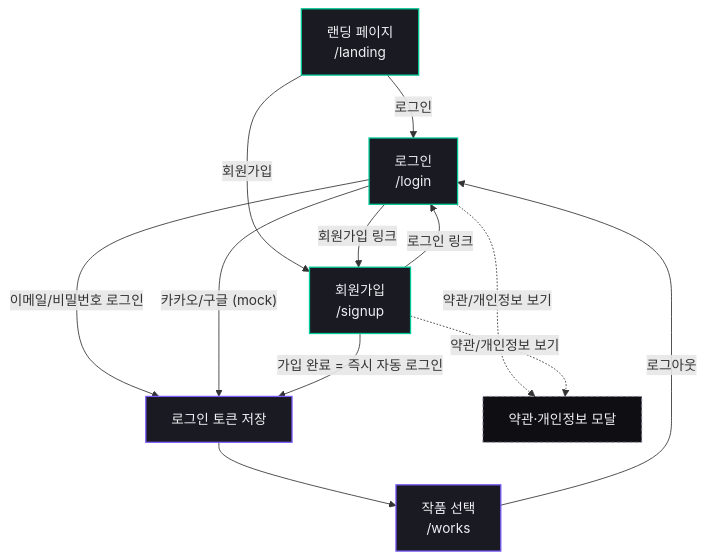
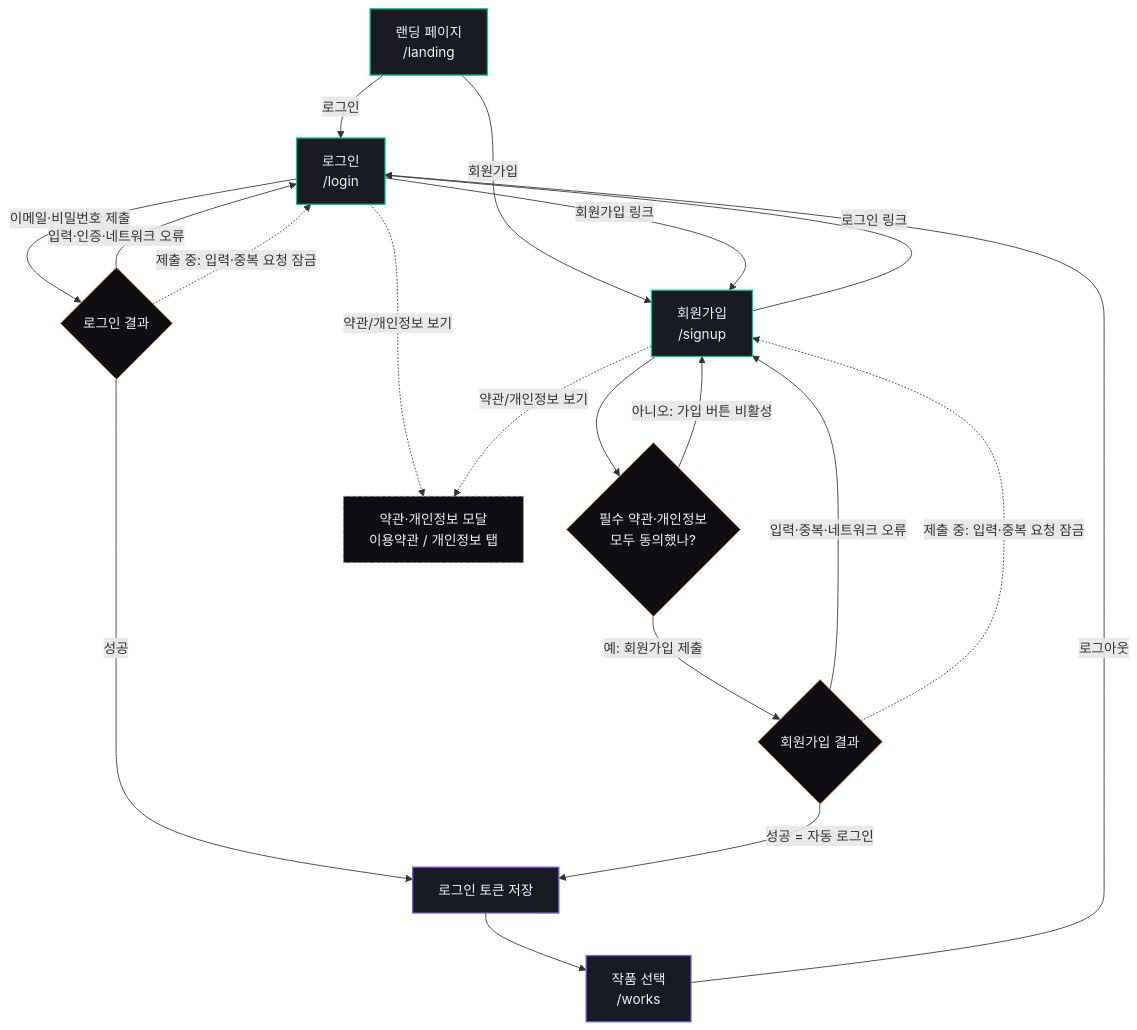
Before and after one commit to catchhole-soma/catchhole-front: the third of 7 diagrams in docs/screen-flow.md, drawn with Mermaid. The commit also changed other lines of this file and 2 other files, not shown here.

First line of the commit message:
docs(flow): 요구사항과 Workflow 흐름 동기화

````diff
--- a/docs/screen-flow.md
+++ b/docs/screen-flow.md
@@ -119,26 +119,35 @@
 ```mermaid
 flowchart TD
   landing["랜딩 페이지<br/>/landing"]:::public
   landing -- "로그인" --> login
   landing -- "회원가입" --> signup
 
   login["로그인<br/>/login"]:::public
   signup["회원가입<br/>/signup"]:::public
 
   login -- "회원가입 링크" --> signup
   signup -- "로그인 링크" --> login
 
-  login -- "이메일/비밀번호 로그인" --> ok["로그인 토큰 저장"]:::private
-  login -- "카카오/구글 (mock)" --> ok
-  signup -- "가입 완료 = 즉시 자동 로그인" --> ok
+  login -- "이메일·비밀번호 제출" --> loginReq{"로그인 결과"}:::decision
+  loginReq -- "성공" --> ok["로그인 토큰 저장"]:::private
+  loginReq -- "입력·인증·네트워크 오류" --> login
+  loginReq -. "제출 중: 입력·중복 요청 잠금" .-> login
 
-  login -. "약관/개인정보 보기" .-> terms["약관·개인정보 모달"]:::modal
+  signup --> agree{"필수 약관·개인정보<br/>모두 동의했나?"}:::decision
+  agree -- "아니오: 가입 버튼 비활성" --> signup
+  agree -- "예: 회원가입 제출" --> signupReq{"회원가입 결과"}:::decision
+  signupReq -- "성공 = 자동 로그인" --> ok
+  signupReq -- "입력·중복·네트워크 오류" --> signup
+  signupReq -. "제출 중: 입력·중복 요청 잠금" .-> signup
+
+  login -. "약관/개인정보 보기" .-> terms["약관·개인정보 모달<br/>이용약관 / 개인정보 탭"]:::modal
   signup -. "약관/개인정보 보기" .-> terms
 
   ok --> works["작품 선택<br/>/works"]:::private
   works -- "로그아웃" --> login
 
   classDef public fill:#1A1A22,stroke:#00C896,stroke-width:1.5px,color:#F0F0F5;
   classDef private fill:#1A1A22,stroke:#7C5CFC,stroke-width:1.5px,color:#F0F0F5;
   classDef modal fill:#0F0F13,stroke:#9090A8,stroke-dasharray:4 3,color:#F0F0F5;
+  classDef decision fill:#0F0F13,stroke:#F4A261,color:#F0F0F5;
 ```
````
